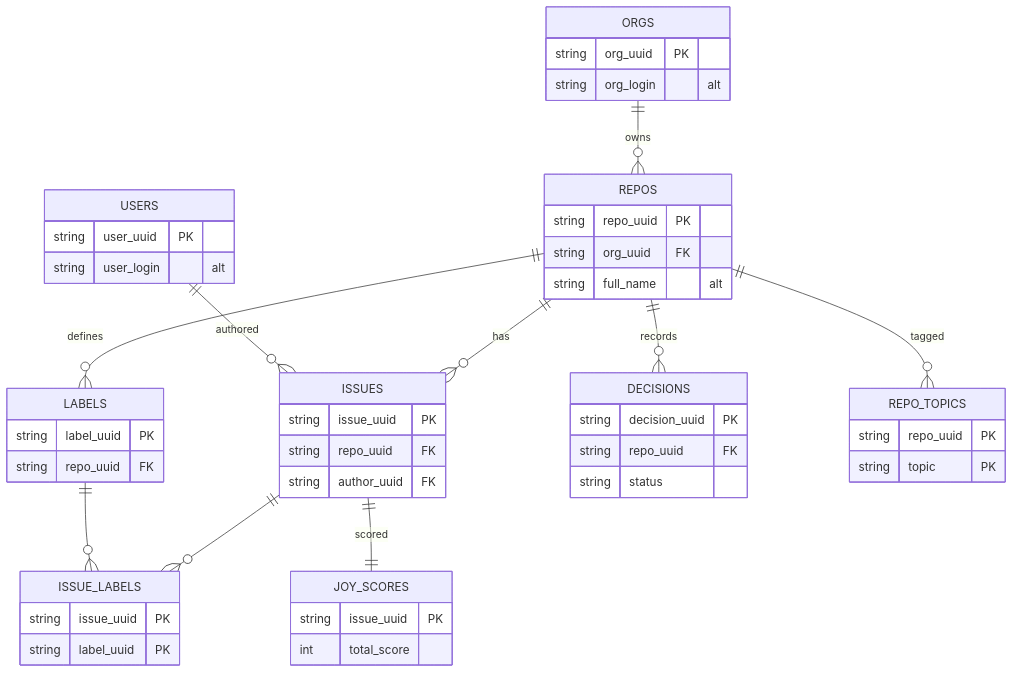
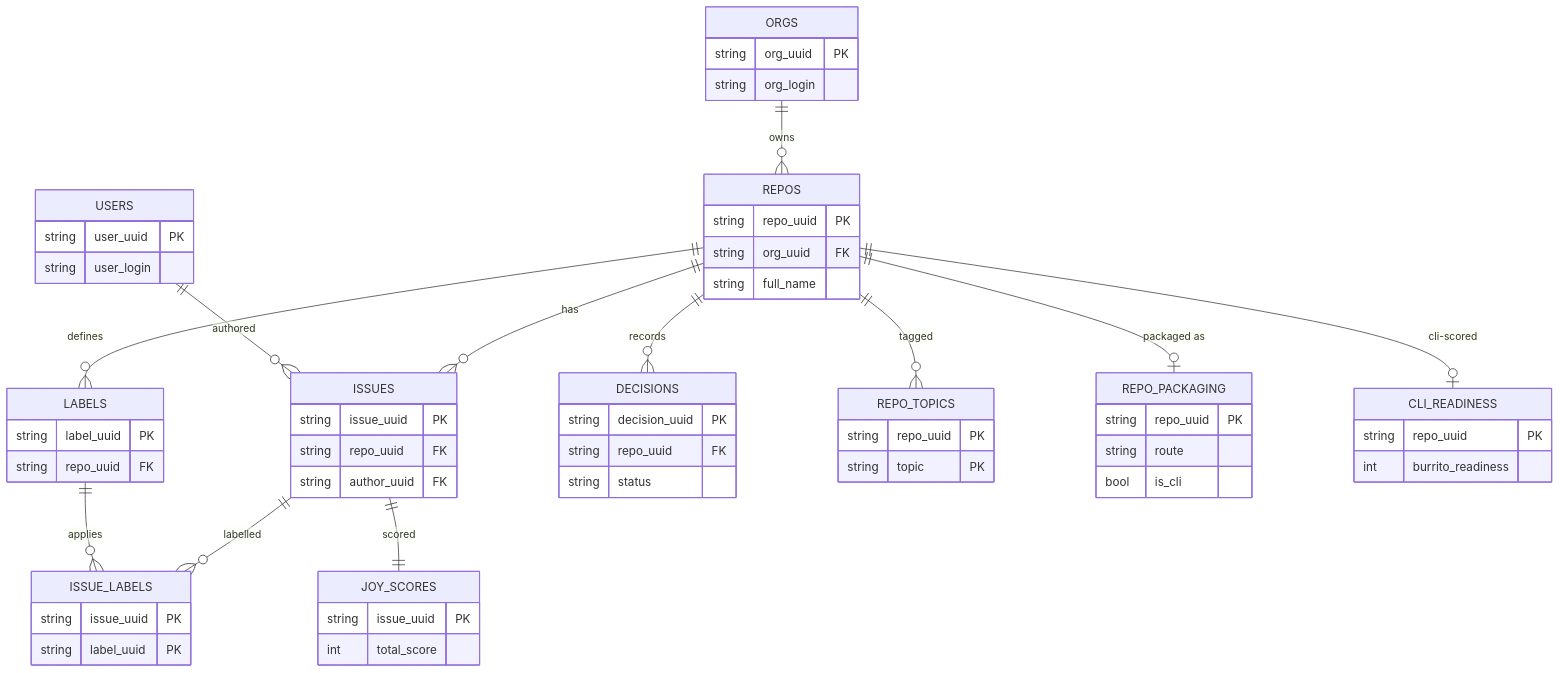
The diagram in SCHEMA.md (V-Sekai-fire/study-data-vsk), drawn with Mermaid before and after one commit. The commit also changed other lines of this file and 9 other files, not shown here.

First line of the commit message:
Add Burrito-readiness repo-shape study and pick primary/fallback task

````diff
--- a/SCHEMA.md
+++ b/SCHEMA.md
@@ -21,22 +21,63 @@
 ```mermaid
 erDiagram
-    ORGS      ||--o{ REPOS       : owns
-    REPOS     ||--o{ ISSUES      : has
-    REPOS     ||--o{ LABELS      : defines
-    REPOS     ||--o{ DECISIONS   : records
-    REPOS     ||--o{ REPO_TOPICS : tagged
-    USERS     ||--o{ ISSUES      : authored
-    ISSUES    ||--o{ ISSUE_LABELS : ""
-    LABELS    ||--o{ ISSUE_LABELS : ""
-    ISSUES    ||--|| JOY_SCORES  : scored
+    ORGS ||--o{ REPOS : owns
+    REPOS ||--o{ ISSUES : has
+    REPOS ||--o{ LABELS : defines
+    REPOS ||--o{ DECISIONS : records
+    REPOS ||--o{ REPO_TOPICS : tagged
+    REPOS ||--o| REPO_PACKAGING : "packaged as"
+    REPOS ||--o| CLI_READINESS : "cli-scored"
+    USERS ||--o{ ISSUES : authored
+    ISSUES ||--o{ ISSUE_LABELS : labelled
+    LABELS ||--o{ ISSUE_LABELS : applies
+    ISSUES ||--|| JOY_SCORES : scored
 
-    ORGS         { string org_uuid PK  string org_login "alt" }
-    REPOS        { string repo_uuid PK  string org_uuid FK  string full_name "alt" }
-    USERS        { string user_uuid PK  string user_login "alt" }
-    ISSUES       { string issue_uuid PK  string repo_uuid FK  string author_uuid FK }
-    LABELS       { string label_uuid PK  string repo_uuid FK }
-    DECISIONS    { string decision_uuid PK  string repo_uuid FK  string status }
-    ISSUE_LABELS { string issue_uuid PK  string label_uuid PK }
-    REPO_TOPICS  { string repo_uuid PK  string topic PK }
-    JOY_SCORES   { string issue_uuid PK  int total_score }
+    ORGS {
+        string org_uuid PK
+        string org_login
+    }
+    REPOS {
+        string repo_uuid PK
+        string org_uuid FK
+        string full_name
+    }
+    USERS {
+        string user_uuid PK
+        string user_login
+    }
+    ISSUES {
+        string issue_uuid PK
+        string repo_uuid FK
+        string author_uuid FK
+    }
+    LABELS {
+        string label_uuid PK
+        string repo_uuid FK
+    }
+    DECISIONS {
+        string decision_uuid PK
+        string repo_uuid FK
+        string status
+    }
+    ISSUE_LABELS {
+        string issue_uuid PK
+        string label_uuid PK
+    }
+    REPO_TOPICS {
+        string repo_uuid PK
+        string topic PK
+    }
+    JOY_SCORES {
+        string issue_uuid PK
+        int total_score
+    }
+    REPO_PACKAGING {
+        string repo_uuid PK
+        string route
+        bool is_cli
+    }
+    CLI_READINESS {
+        string repo_uuid PK
+        int burrito_readiness
+    }
 ```
````
